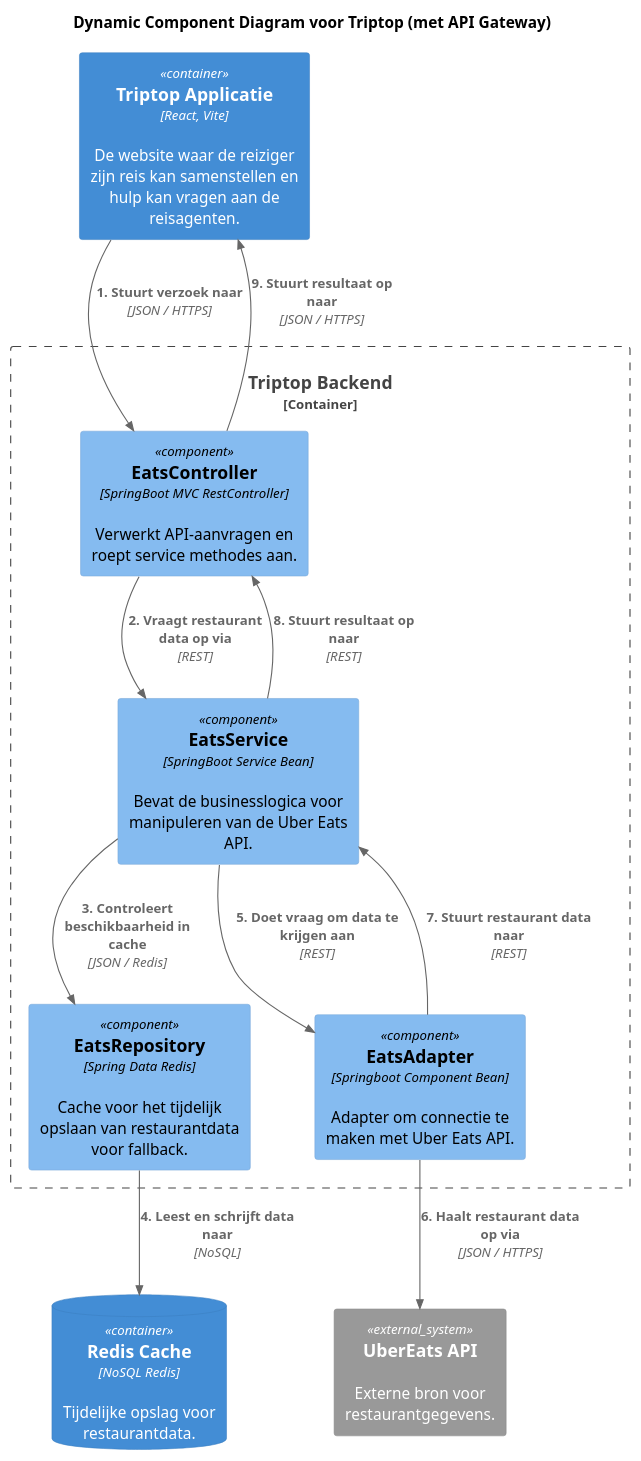
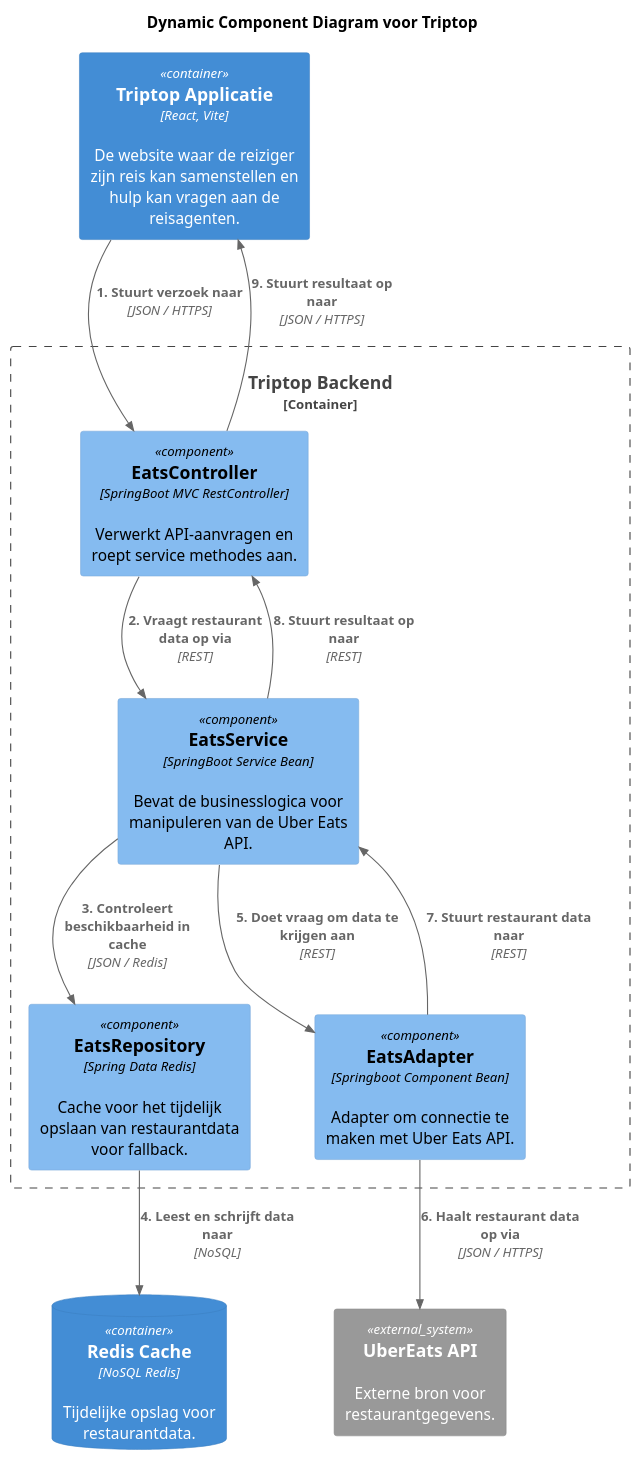
Before and after one commit to AIM-ENE-feb25/triptop-beca: the diagram in voorbereidingen/week2-les3/dynamic-component-diagram-atakan.puml, drawn with PlantUML. The commit also changed 6 other files, not shown here.

```diff
--- a/voorbereidingen/week2-les3/dynamic-component-diagram-atakan.puml
+++ b/voorbereidingen/week2-les3/dynamic-component-diagram-atakan.puml
@@ -1,28 +1,28 @@
 @startuml
 !include https://raw.githubusercontent.com/plantuml-stdlib/C4-PlantUML/master/C4_Component.puml
 
-title Dynamic Component Diagram voor Triptop (met API Gateway)
+title Dynamic Component Diagram voor Triptop
 
 Container(tt_app, "Triptop Applicatie", "React, Vite", "De website waar de reiziger zijn reis kan samenstellen en hulp kan vragen aan de reisagenten.")
 System_Ext(eats_api, "UberEats API", "Externe bron voor restaurantgegevens.")
 ContainerDb(redis, "Redis Cache", "NoSQL Redis", "Tijdelijke opslag voor restaurantdata.")
 
 Container_Boundary(api, "Triptop Backend") {
     Component(controller, "EatsController", "SpringBoot MVC RestController", "Verwerkt API-aanvragen en roept service methodes aan.")
     Component(service, "EatsService", "SpringBoot Service Bean", "Bevat de businesslogica voor manipuleren van de Uber Eats API.")
     Component(cache, "EatsRepository", "Spring Data Redis", "Cache voor het tijdelijk opslaan van restaurantdata voor fallback.")
     Component(adapter, "EatsAdapter", "Springboot Component Bean", "Adapter om connectie te maken met Uber Eats API.")
 
     Rel(tt_app, controller, "1. Stuurt verzoek naar", "JSON / HTTPS")
     Rel(controller, service, "2. Vraagt restaurant data op via", "REST")
     Rel(service, cache, "3. Controleert beschikbaarheid in cache", "JSON / Redis")
     Rel(cache, redis, "4. Leest en schrijft data naar", "NoSQL")
     Rel(service, adapter, "5. Doet vraag om data te krijgen aan", "REST")
     Rel(adapter, eats_api, "6. Haalt restaurant data op via", "JSON / HTTPS")
     Rel(adapter, service, "7. Stuurt restaurant data naar", "REST")
     Rel(service, controller, "8. Stuurt resultaat op naar", "REST")
     Rel(controller, tt_app, "9. Stuurt resultaat op naar", "JSON / HTTPS")
 }
 
 
 @enduml
```
